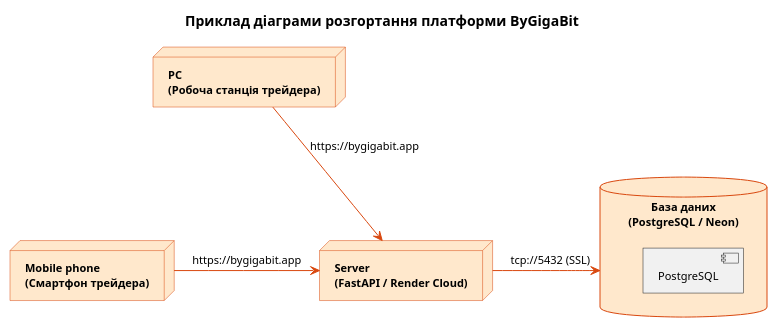
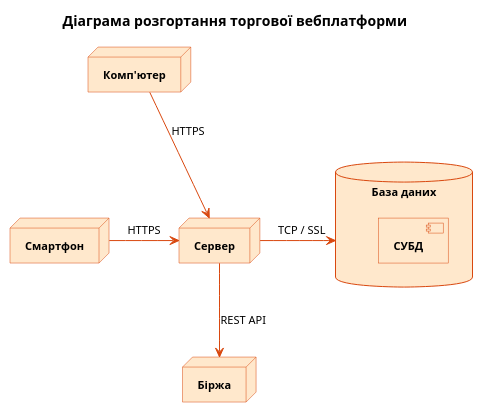
One commit to Hast1k/bygigabit changed the diagram in diagrams/puml/05_deployment_diagram.puml. Above: the diagram before and after it, drawn with PlantUML. The commit also changed 43 other files, not shown here.

Commit message:
docs(diagrams): Refactor diagrams with dual use case, generalized names, single state flow, and clean labels

```diff
--- a/diagrams/puml/05_deployment_diagram.puml
+++ b/diagrams/puml/05_deployment_diagram.puml
@@ -1,39 +1,47 @@
 @startuml
 skinparam backgroundColor #FFFFFF
 skinparam defaultFontName Arial
 skinparam defaultFontSize 11
 skinparam roundCorner 0
 skinparam shadowing false
 
 skinparam node {
     borderColor #D9480F
     backgroundColor #FFE8CC
     fontColor #000000
     fontStyle bold
 }
 skinparam database {
     borderColor #D9480F
     backgroundColor #FFE8CC
     fontColor #000000
     fontStyle bold
 }
+skinparam component {
+    borderColor #D9480F
+    backgroundColor #FFE8CC
+    fontColor #000000
+    fontStyle bold
+}
 skinparam arrow {
     color #D9480F
     fontColor #000000
 }
 
-title **Приклад діаграми розгортання платформи ByGigaBit**
+title **Діаграма розгортання торгової вебплатформи**
 
-node "PC\n(Робоча станція трейдера)" as PC
-node "Mobile phone\n(Смартфон трейдера)" as Mobile
-node "Server\n(FastAPI / Render Cloud)" as Server
-database "База даних\n(PostgreSQL / Neon)" as DB {
-    [PostgreSQL]
+node "Комп'ютер" as PC
+node "Смартфон" as Mobile
+node "Сервер" as Server
+database "База даних" as DB {
+    [СУБД]
 }
+node "Біржа" as Exchange
 
 PC -[hidden]down- Mobile
 
-PC -right-> Server : https://bygigabit.app
-Mobile -right-> Server : https://bygigabit.app
-Server -right-> DB : tcp://5432 (SSL)
+PC -right-> Server : HTTPS
+Mobile -right-> Server : HTTPS
+Server -right-> DB : TCP / SSL
+Server -down-> Exchange : REST API
 @enduml
```
